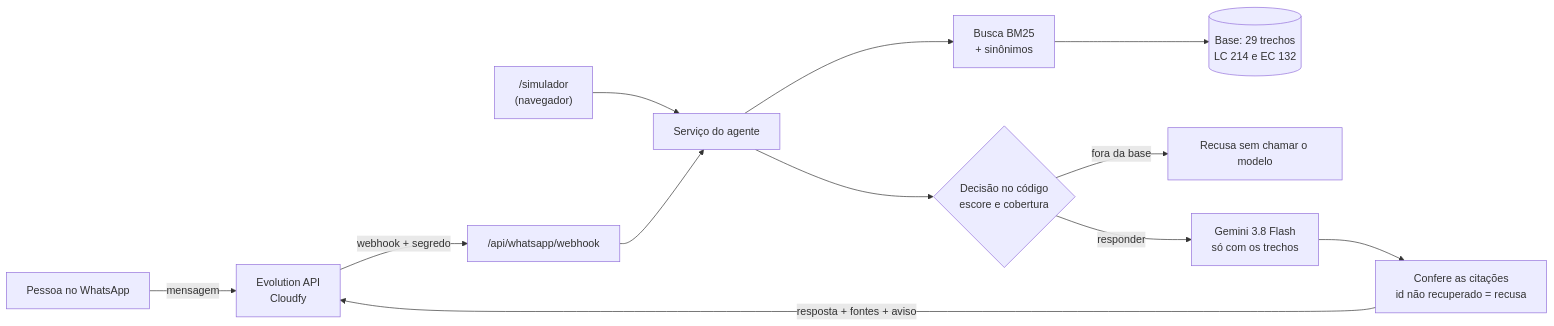
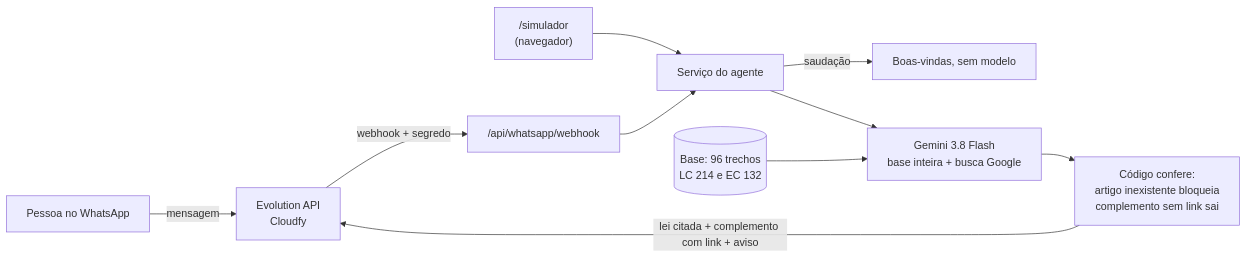
The diagram in README.md (assessoriaautomatizaai-blip/post-grad-foundations), drawn with Mermaid before and after one commit. The commit also changed other lines of this file and 4 other files, not shown here.

````diff
--- a/README.md
+++ b/README.md
@@ -27,14 +27,12 @@
 ```mermaid
 flowchart LR
   U[Pessoa no WhatsApp] -->|mensagem| E[Evolution API<br/>Cloudfy]
   E -->|webhook + segredo| W["/api/whatsapp/webhook"]
   S["/simulador<br/>(navegador)"] --> A
   W --> A[Serviço do agente]
-  A --> B[Busca BM25<br/>+ sinônimos]
-  B --> K[(Base: 29 trechos<br/>LC 214 e EC 132)]
-  A --> D{Decisão no código<br/>escore e cobertura}
-  D -->|fora da base| R[Recusa sem chamar o modelo]
-  D -->|responder| G[Gemini 3.8 Flash<br/>só com os trechos]
-  G --> V[Confere as citações<br/>id não recuperado = recusa]
-  V -->|resposta + fontes + aviso| E
+  A -->|saudação| BV[Boas-vindas, sem modelo]
+  A --> G[Gemini 3.8 Flash<br/>base inteira + busca Google]
+  K[(Base: 96 trechos<br/>LC 214 e EC 132)] --> G
+  G --> V[Código confere:<br/>artigo inexistente bloqueia<br/>complemento sem link sai]
+  V -->|lei citada + complemento com link + aviso| E
 ```
````
